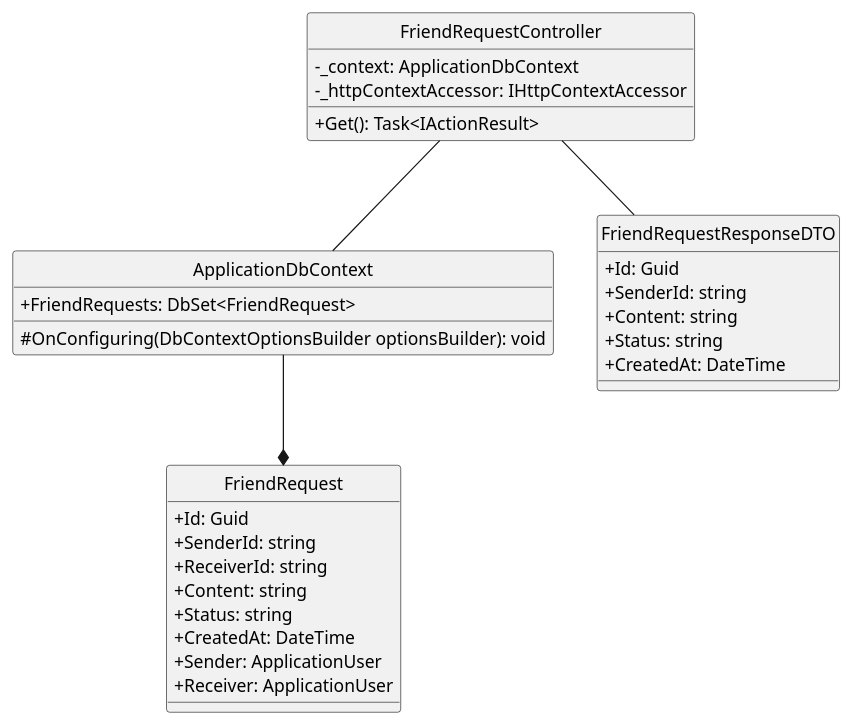
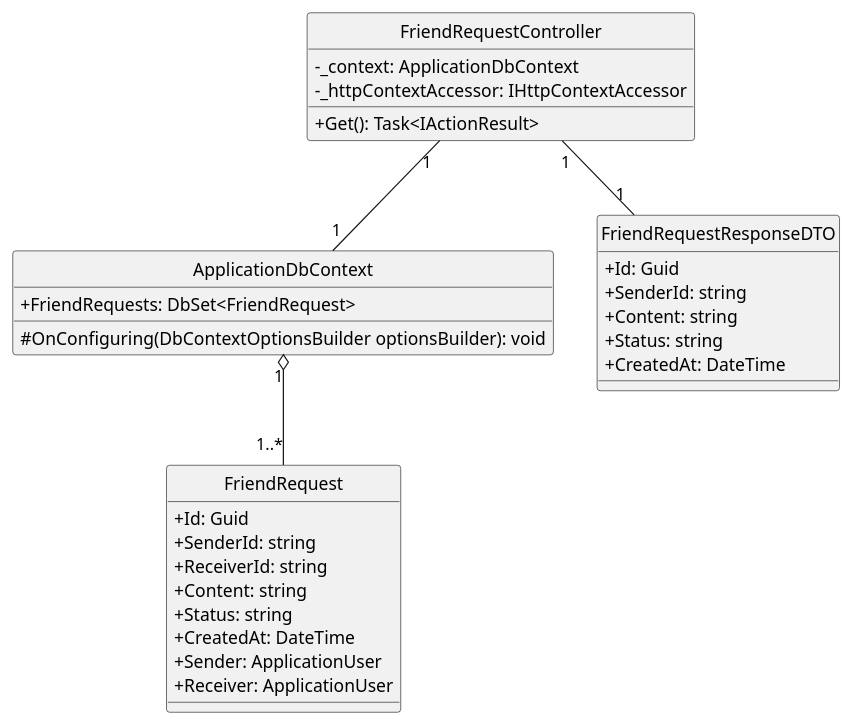
The diagram in docs/Class Diagram/Identity/GetFriendRequestListByUserId/ClassDiagram.plantuml (Carl-Johnsons/Chat-Application), drawn with PlantUML before and after one commit. The commit also changed 11 other files, not shown here.

```diff
--- a/docs/Class Diagram/Identity/GetFriendRequestListByUserId/ClassDiagram.plantuml
+++ b/docs/Class Diagram/Identity/GetFriendRequestListByUserId/ClassDiagram.plantuml
@@ -1,39 +1,39 @@
-@startuml getFriendRequestListByUserId
+@startuml
 hide circle
 skinparam classAttributeIconSize 0
 
 class FriendRequestController {
     - _context: ApplicationDbContext
     - _httpContextAccessor: IHttpContextAccessor
     + Get(): Task<IActionResult>
 }
 
 class ApplicationDbContext {
     + FriendRequests: DbSet<FriendRequest> 
     # OnConfiguring(DbContextOptionsBuilder optionsBuilder): void
 }
 
 
 class FriendRequest {
     + Id: Guid
     + SenderId: string 
     + ReceiverId: string 
     + Content: string 
     + Status: string 
     + CreatedAt: DateTime
     + Sender: ApplicationUser 
     + Receiver: ApplicationUser 
 }
 
 class FriendRequestResponseDTO{
     + Id: Guid
     + SenderId: string
     + Content: string
     + Status: string
     + CreatedAt: DateTime
 }
 
-FriendRequestController -- ApplicationDbContext
-FriendRequestController -- FriendRequestResponseDTO
-ApplicationDbContext --* FriendRequest
+FriendRequestController "1" -- "1" ApplicationDbContext
+FriendRequestController "1" -- "1" FriendRequestResponseDTO
+ApplicationDbContext "1" o-- "1..*" FriendRequest
 @enduml
```
